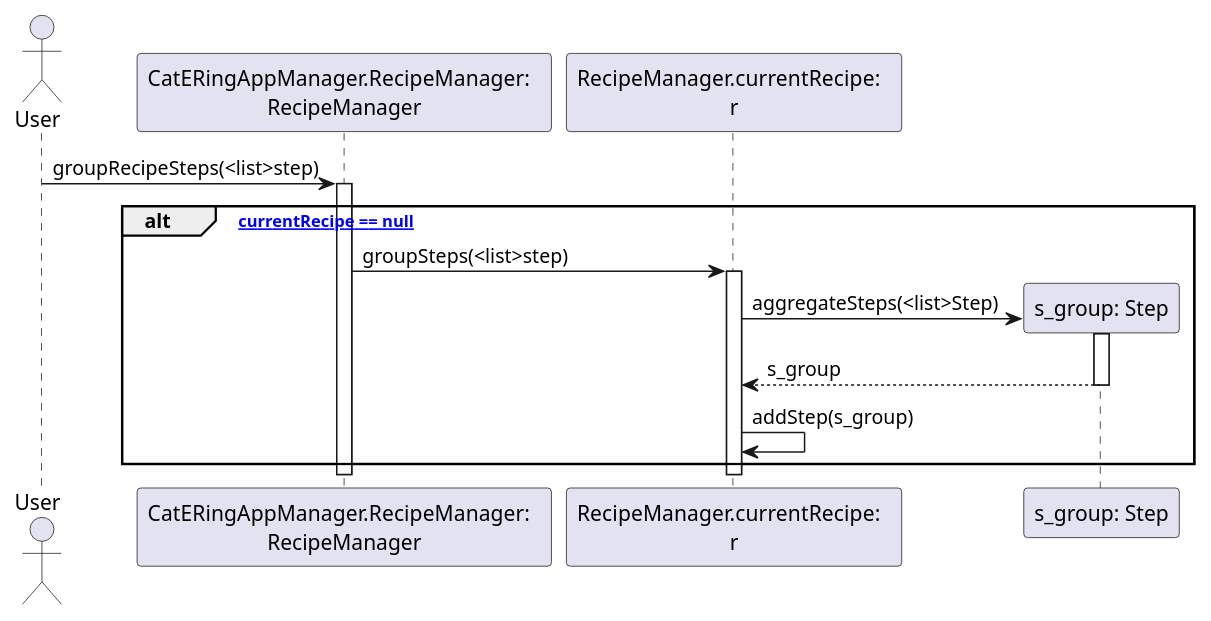
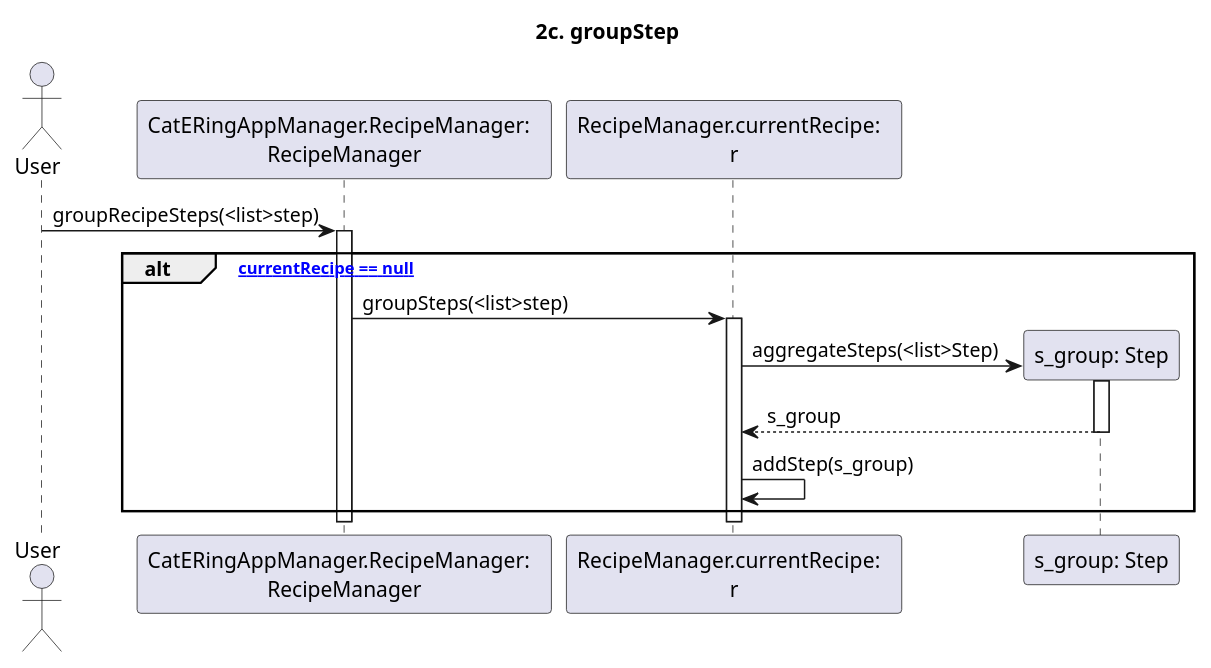
The diagram in dsd/dsd-ricette/estensioni/2c-groupSteps.md (m0canu1/sas), drawn with PlantUML before and after one commit. The commit also changed 15 other files, not shown here.

````diff
--- a/dsd/dsd-ricette/estensioni/2c-groupSteps.md
+++ b/dsd/dsd-ricette/estensioni/2c-groupSteps.md
@@ -1,25 +1,27 @@
 ```plantuml
+
+title: 2c. groupStep
 
 Actor User
 Participant "CatERingAppManager.RecipeManager:  \nRecipeManager" as RM
 Participant "RecipeManager.currentRecipe:  \nr" as CR
 
 User -> RM: groupRecipeSteps(<list>step)
 activate RM
 alt ["currentRecipe == null"]
 RM -> CR: groupSteps(<list>step)
 activate CR
 
     create "s_group: Step"
 
     CR -> "s_group: Step": aggregateSteps(<list>Step) 
     Activate "s_group: Step"
 
     "s_group: Step" --> CR: s_group
     Deactivate "s_group: Step"
     CR -> CR: addStep(s_group)
 end
 deactivate CR
 deactivate RM
 
 ```
````
